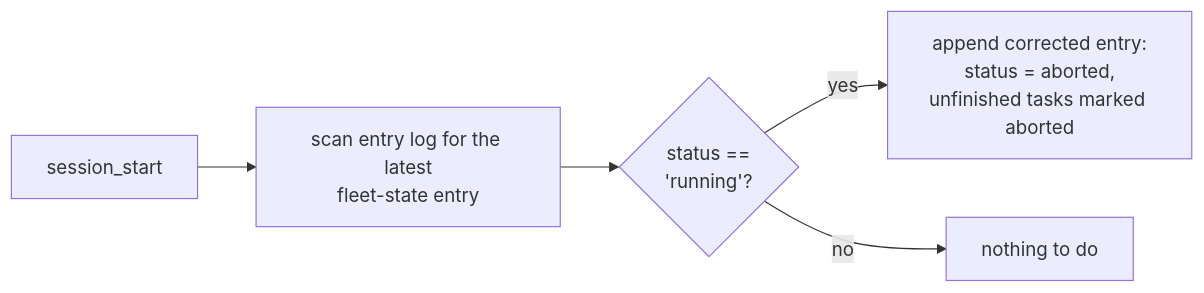
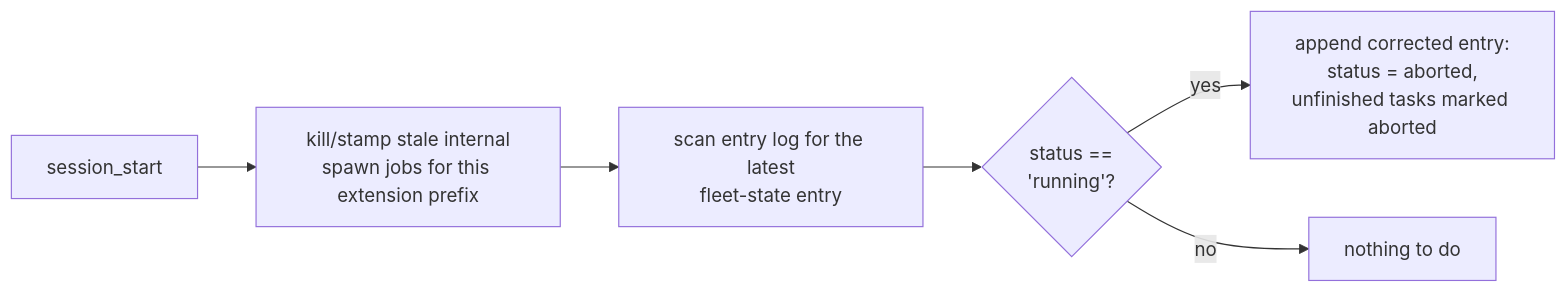
The ninth of 10 diagrams in docs/fleet-architecture.md (ulvestuen/pi-kit), drawn with Mermaid before and after one commit. The commit also changed other lines of this file and 20 other files, not shown here.

````diff
--- a/docs/fleet-architecture.md
+++ b/docs/fleet-architecture.md
@@ -356,7 +356,8 @@
 ```mermaid
 flowchart LR
-    A["session_start"] --> B["scan entry log for the latest<br/>fleet-state entry"]
+    A["session_start"] --> K["kill/stamp stale internal<br/>spawn jobs for this extension prefix"]
+    K --> B["scan entry log for the latest<br/>fleet-state entry"]
     B --> C{"status ==<br/>'running'?"}
     C -- yes --> D["append corrected entry:<br/>status = aborted,<br/>unfinished tasks marked aborted"]
     C -- no --> E["nothing to do"]
 ```
````
